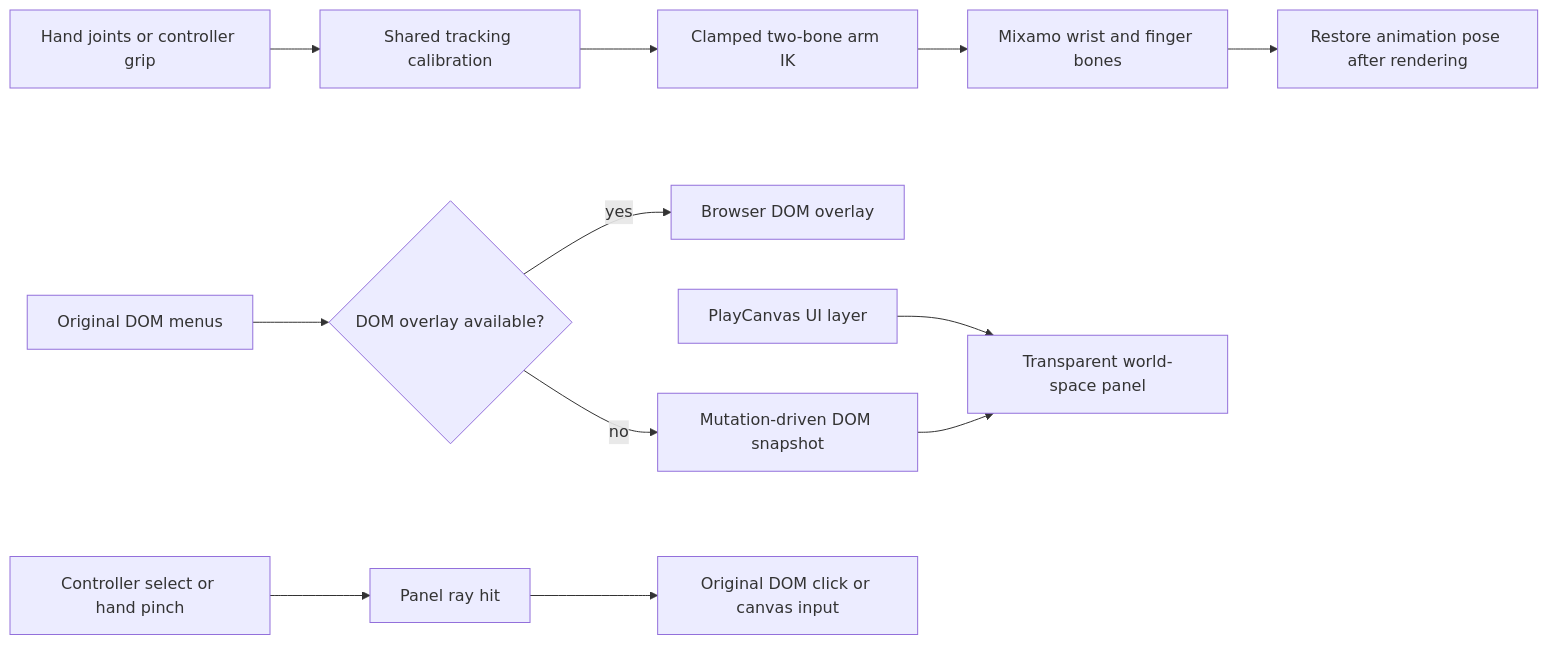
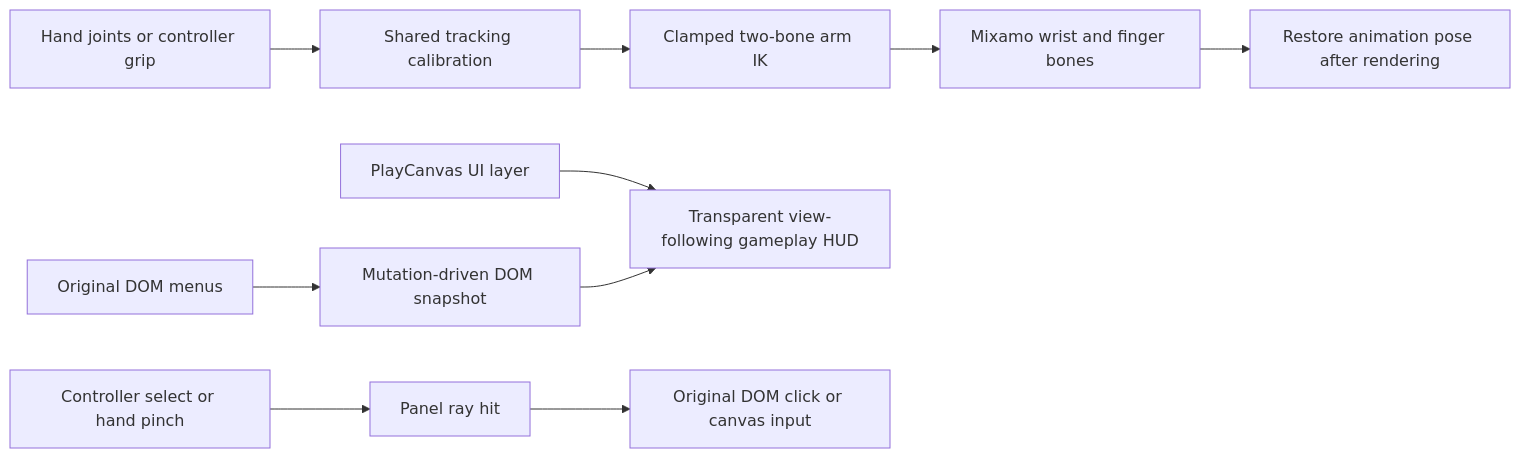
Before and after one commit to danielbacsur/arcade-vr-cambridge-hackathon: the fourth of 4 diagrams in docs/ARCHITECTURE.md, drawn with Mermaid. The commit also changed other lines of this file and 6 other files, not shown here.

````diff
--- a/docs/ARCHITECTURE.md
+++ b/docs/ARCHITECTURE.md
@@ -85,14 +85,12 @@
 ```mermaid
 flowchart LR
   HAND[Hand joints or controller grip] --> CAL[Shared tracking calibration]
   CAL --> IK[Clamped two-bone arm IK]
   IK --> RIG[Mixamo wrist and finger bones]
   RIG --> RESTORE[Restore animation pose after rendering]
-  DOM[Original DOM menus] --> OVERLAY{DOM overlay available?}
-  OVERLAY -->|yes| NATIVE[Browser DOM overlay]
-  OVERLAY -->|no| SNAP[Mutation-driven DOM snapshot]
-  HUD[PlayCanvas UI layer] --> PANEL[Transparent world-space panel]
+  DOM[Original DOM menus] --> SNAP[Mutation-driven DOM snapshot]
+  HUD[PlayCanvas UI layer] --> PANEL[Transparent view-following gameplay HUD]
   SNAP --> PANEL
   RAY[Controller select or hand pinch] --> HIT[Panel ray hit]
   HIT --> CLICK[Original DOM click or canvas input]
 ```
````
